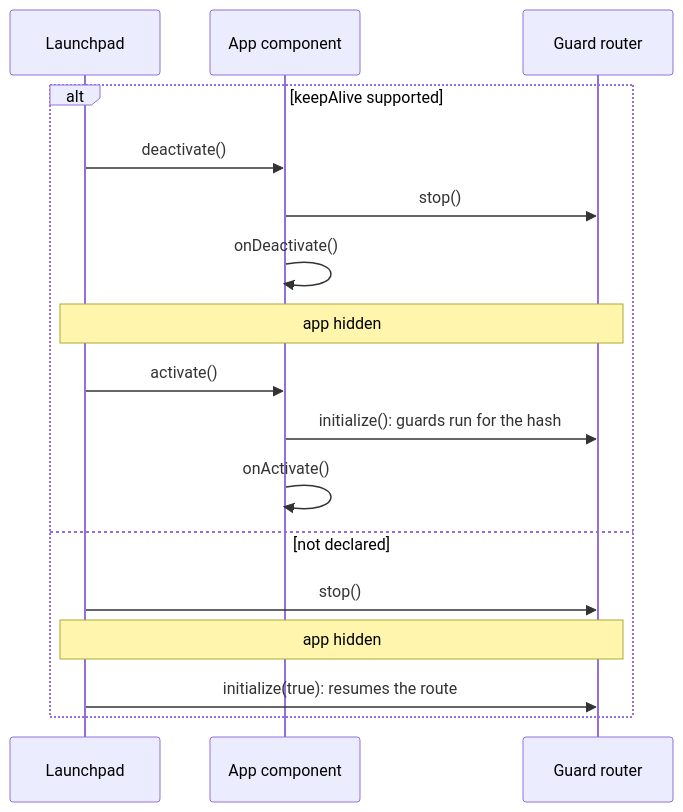
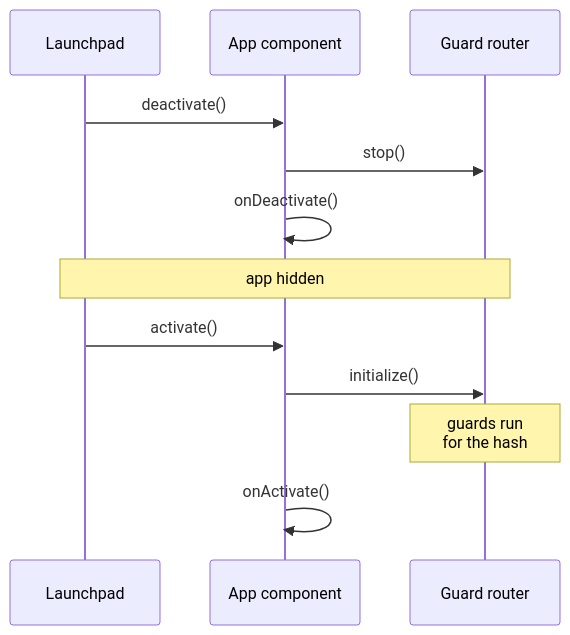
Before and after one commit to wridgeu/ui5-lib-guard-router: the second of 9 diagrams in packages/lib/README.md, drawn with Mermaid. The commit also changed other lines of this file and 6 other files, not shown here.

First line of the commit message:
docs: draw the diagrams narrow, one case each, and colour the overview

````diff
--- a/packages/lib/README.md
+++ b/packages/lib/README.md
@@ -1028,19 +1049,14 @@
 ```mermaid
 sequenceDiagram
     participant Shell as Launchpad
     participant Comp as App component
     participant Router as Guard router
-    alt keepAlive supported
-        Shell->>Comp: deactivate()
-        Comp->>Router: stop()
-        Comp->>Comp: onDeactivate()
-        Note over Shell,Router: app hidden
-        Shell->>Comp: activate()
-        Comp->>Router: initialize(): guards run for the hash
-        Comp->>Comp: onActivate()
-    else not declared
-        Shell->>Router: stop()
-        Note over Shell,Router: app hidden
-        Shell->>Router: initialize(true): resumes the route
-    end
+    Shell->>Comp: deactivate()
+    Comp->>Router: stop()
+    Comp->>Comp: onDeactivate()
+    Note over Shell,Router: app hidden
+    Shell->>Comp: activate()
+    Comp->>Router: initialize()
+    Note over Router: guards run<br/>for the hash
+    Comp->>Comp: onActivate()
 ```
````
